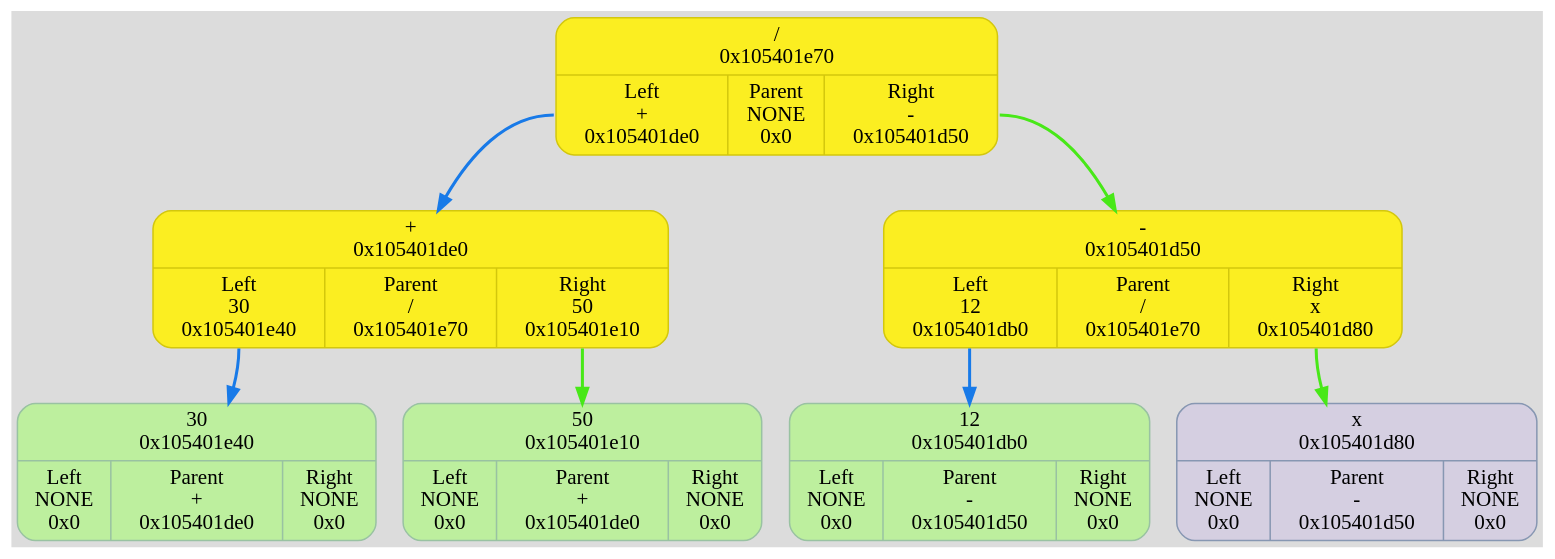
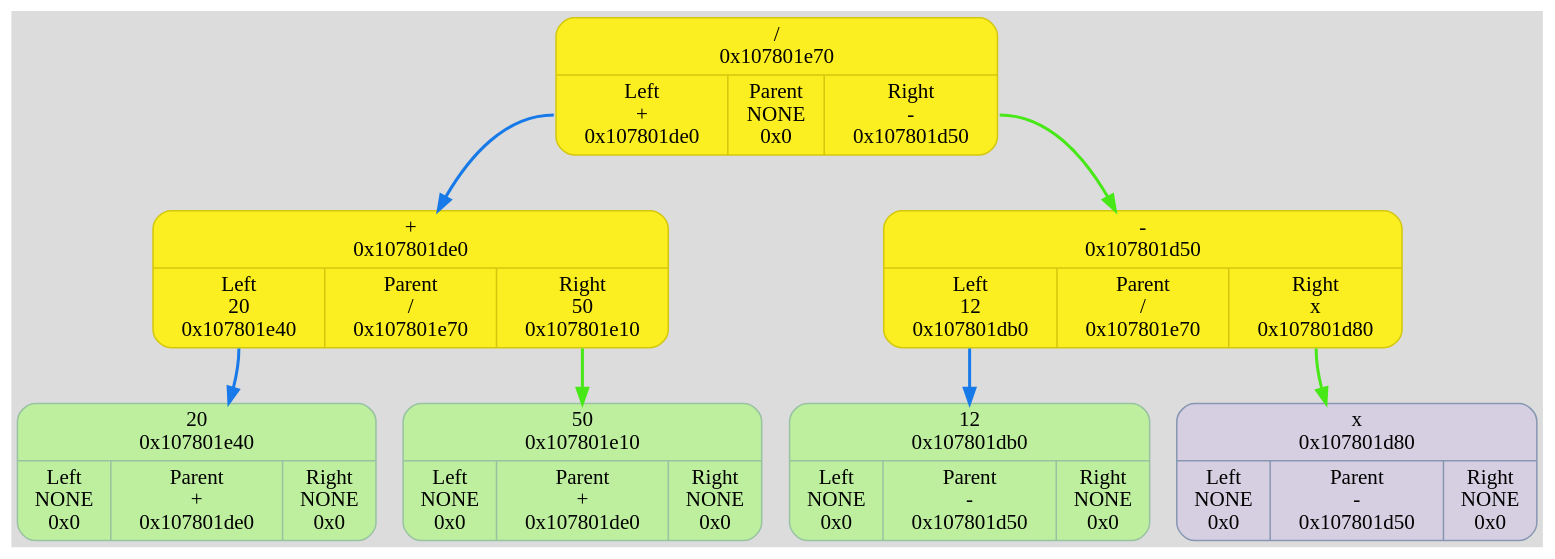
Before and after one commit to TolikRogov/Differentiator: the diagram in dump/graph.dot, drawn with Graphviz. The commit also changed 14 other files, not shown here.

```diff
--- a/dump/graph.dot
+++ b/dump/graph.dot
@@ -1,18 +1,18 @@
 digraph {
 	fontname = "UbuntuMono";
 	bgcolor = "#DCDCDC";
 
-	node0x105401e70 [ shape = Mrecord; style = filled; fillcolor = "#FBEE21"; color = "#D3C70D"; fontcolor = "#000000"; label = " { /\n0x105401e70 | { <left> Left\n+\n0x105401de0 | Parent\nNONE\n0x0 | <right> Right\n-\n0x105401d50 } } "; ];
-	node0x105401e70:<left> -> node0x105401de0 [ style = "bold"; color = "#187AE8"; label = ""; ];
-	node0x105401de0 [ shape = Mrecord; style = filled; fillcolor = "#FBEE21"; color = "#D3C70D"; fontcolor = "#000000"; label = " { +\n0x105401de0 | { <left> Left\n30\n0x105401e40 | Parent\n/\n0x105401e70 | <right> Right\n50\n0x105401e10 } } "; ];
-	node0x105401de0:<left> -> node0x105401e40 [ style = "bold"; color = "#187AE8"; label = ""; ];
-	node0x105401e40 [ shape = Mrecord; style = filled; fillcolor = "#BDEF9E"; color = "#99c2a2"; fontcolor = "#000000"; label = " { 30\n0x105401e40 | { <left> Left\nNONE\n0x0 | Parent\n+\n0x105401de0 | <right> Right\nNONE\n0x0 } } "; ];
-	node0x105401e10 [ shape = Mrecord; style = filled; fillcolor = "#BDEF9E"; color = "#99c2a2"; fontcolor = "#000000"; label = " { 50\n0x105401e10 | { <left> Left\nNONE\n0x0 | Parent\n+\n0x105401de0 | <right> Right\nNONE\n0x0 } } "; ];
-	node0x105401de0:<right> -> node0x105401e10 [ style = "bold"; color = "#48E818"; label = ""; ];
-	node0x105401d50 [ shape = Mrecord; style = filled; fillcolor = "#FBEE21"; color = "#D3C70D"; fontcolor = "#000000"; label = " { -\n0x105401d50 | { <left> Left\n12\n0x105401db0 | Parent\n/\n0x105401e70 | <right> Right\nx\n0x105401d80 } } "; ];
-	node0x105401d50:<left> -> node0x105401db0 [ style = "bold"; color = "#187AE8"; label = ""; ];
-	node0x105401db0 [ shape = Mrecord; style = filled; fillcolor = "#BDEF9E"; color = "#99c2a2"; fontcolor = "#000000"; label = " { 12\n0x105401db0 | { <left> Left\nNONE\n0x0 | Parent\n-\n0x105401d50 | <right> Right\nNONE\n0x0 } } "; ];
-	node0x105401d80 [ shape = Mrecord; style = filled; fillcolor = "#D5CFE1"; color = "#8797b2"; fontcolor = "#000000"; label = " { x\n0x105401d80 | { <left> Left\nNONE\n0x0 | Parent\n-\n0x105401d50 | <right> Right\nNONE\n0x0 } } "; ];
-	node0x105401d50:<right> -> node0x105401d80 [ style = "bold"; color = "#48E818"; label = ""; ];
-	node0x105401e70:<right> -> node0x105401d50 [ style = "bold"; color = "#48E818"; label = ""; ];
+	node0x107801e70 [ shape = Mrecord; style = filled; fillcolor = "#FBEE21"; color = "#D3C70D"; fontcolor = "#000000"; label = " { /\n0x107801e70 | { <left> Left\n+\n0x107801de0 | Parent\nNONE\n0x0 | <right> Right\n-\n0x107801d50 } } "; ];
+	node0x107801e70:<left> -> node0x107801de0 [ style = "bold"; color = "#187AE8"; label = ""; ];
+	node0x107801de0 [ shape = Mrecord; style = filled; fillcolor = "#FBEE21"; color = "#D3C70D"; fontcolor = "#000000"; label = " { +\n0x107801de0 | { <left> Left\n20\n0x107801e40 | Parent\n/\n0x107801e70 | <right> Right\n50\n0x107801e10 } } "; ];
+	node0x107801de0:<left> -> node0x107801e40 [ style = "bold"; color = "#187AE8"; label = ""; ];
+	node0x107801e40 [ shape = Mrecord; style = filled; fillcolor = "#BDEF9E"; color = "#99c2a2"; fontcolor = "#000000"; label = " { 20\n0x107801e40 | { <left> Left\nNONE\n0x0 | Parent\n+\n0x107801de0 | <right> Right\nNONE\n0x0 } } "; ];
+	node0x107801e10 [ shape = Mrecord; style = filled; fillcolor = "#BDEF9E"; color = "#99c2a2"; fontcolor = "#000000"; label = " { 50\n0x107801e10 | { <left> Left\nNONE\n0x0 | Parent\n+\n0x107801de0 | <right> Right\nNONE\n0x0 } } "; ];
+	node0x107801de0:<right> -> node0x107801e10 [ style = "bold"; color = "#48E818"; label = ""; ];
+	node0x107801d50 [ shape = Mrecord; style = filled; fillcolor = "#FBEE21"; color = "#D3C70D"; fontcolor = "#000000"; label = " { -\n0x107801d50 | { <left> Left\n12\n0x107801db0 | Parent\n/\n0x107801e70 | <right> Right\nx\n0x107801d80 } } "; ];
+	node0x107801d50:<left> -> node0x107801db0 [ style = "bold"; color = "#187AE8"; label = ""; ];
+	node0x107801db0 [ shape = Mrecord; style = filled; fillcolor = "#BDEF9E"; color = "#99c2a2"; fontcolor = "#000000"; label = " { 12\n0x107801db0 | { <left> Left\nNONE\n0x0 | Parent\n-\n0x107801d50 | <right> Right\nNONE\n0x0 } } "; ];
+	node0x107801d80 [ shape = Mrecord; style = filled; fillcolor = "#D5CFE1"; color = "#8797b2"; fontcolor = "#000000"; label = " { x\n0x107801d80 | { <left> Left\nNONE\n0x0 | Parent\n-\n0x107801d50 | <right> Right\nNONE\n0x0 } } "; ];
+	node0x107801d50:<right> -> node0x107801d80 [ style = "bold"; color = "#48E818"; label = ""; ];
+	node0x107801e70:<right> -> node0x107801d50 [ style = "bold"; color = "#48E818"; label = ""; ];
 }
```
